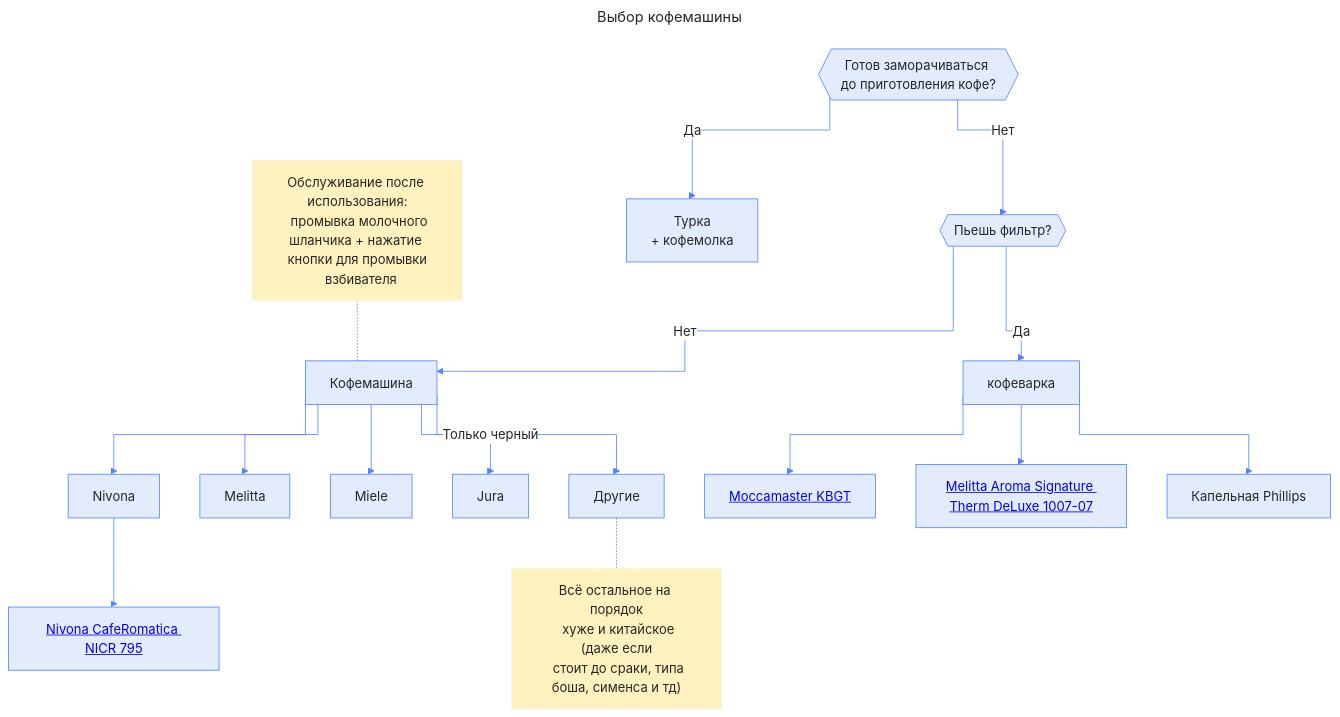
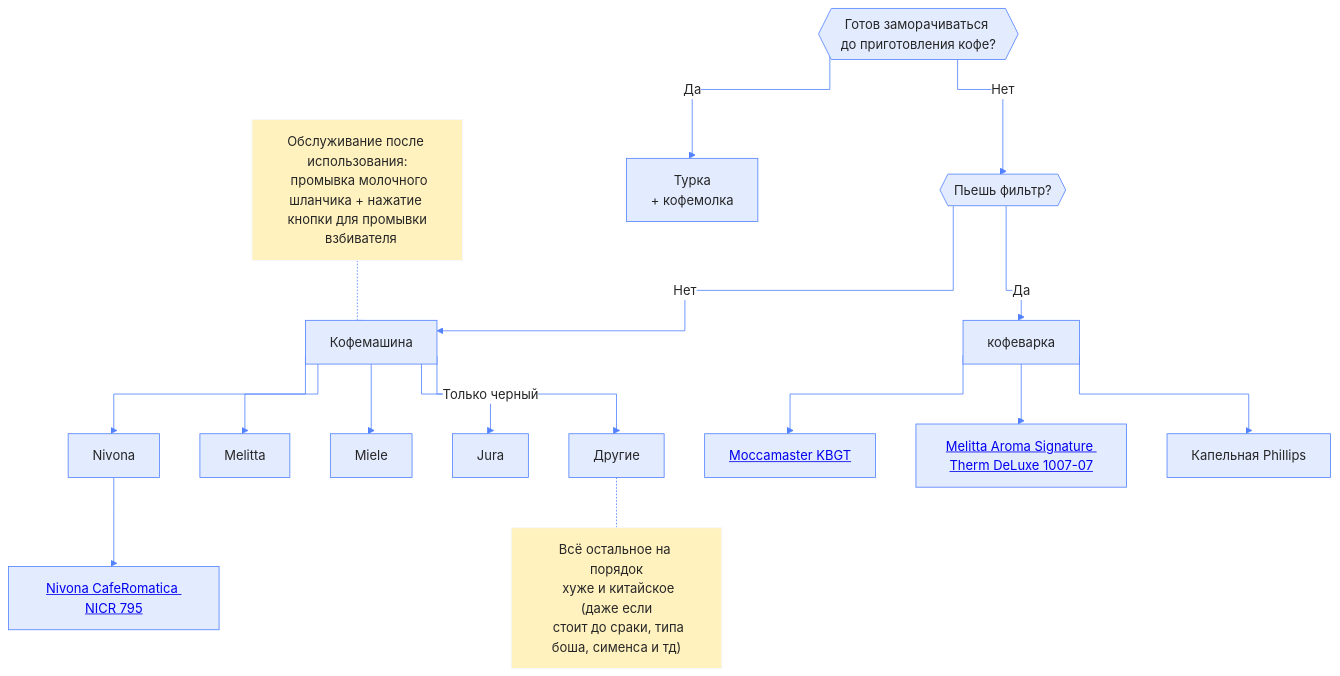
Before and after one commit to coffepath/coffepath.github.io: the diagram in readme.md, drawn with Mermaid. The commit also changed other lines of this file, not shown here.

````diff
--- a/readme.md
+++ b/readme.md
@@ -1,8 +3,4 @@
 ```mermaid
----
-title: Выбор кофемашины
-footer: "Схема 1: Выбор кофемашины"
----
 %%{
   init: {
     'flowchart': { 'curve': 'stepBefore' },
````
